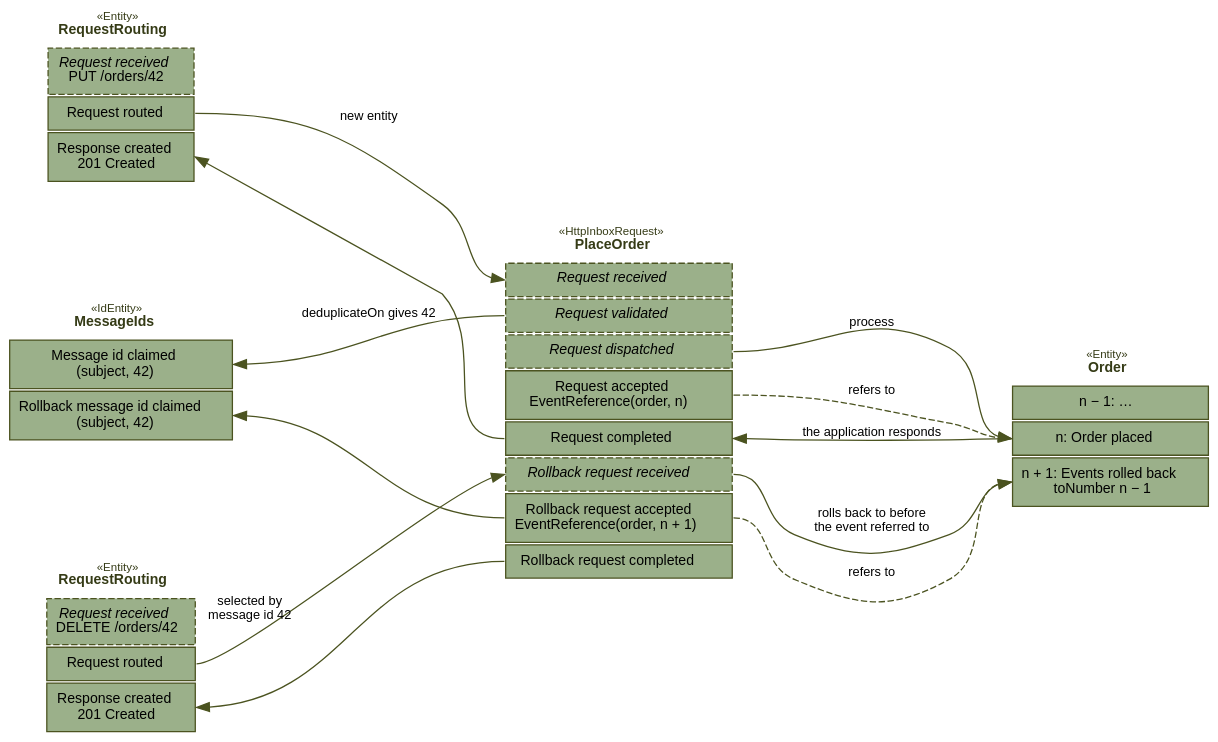
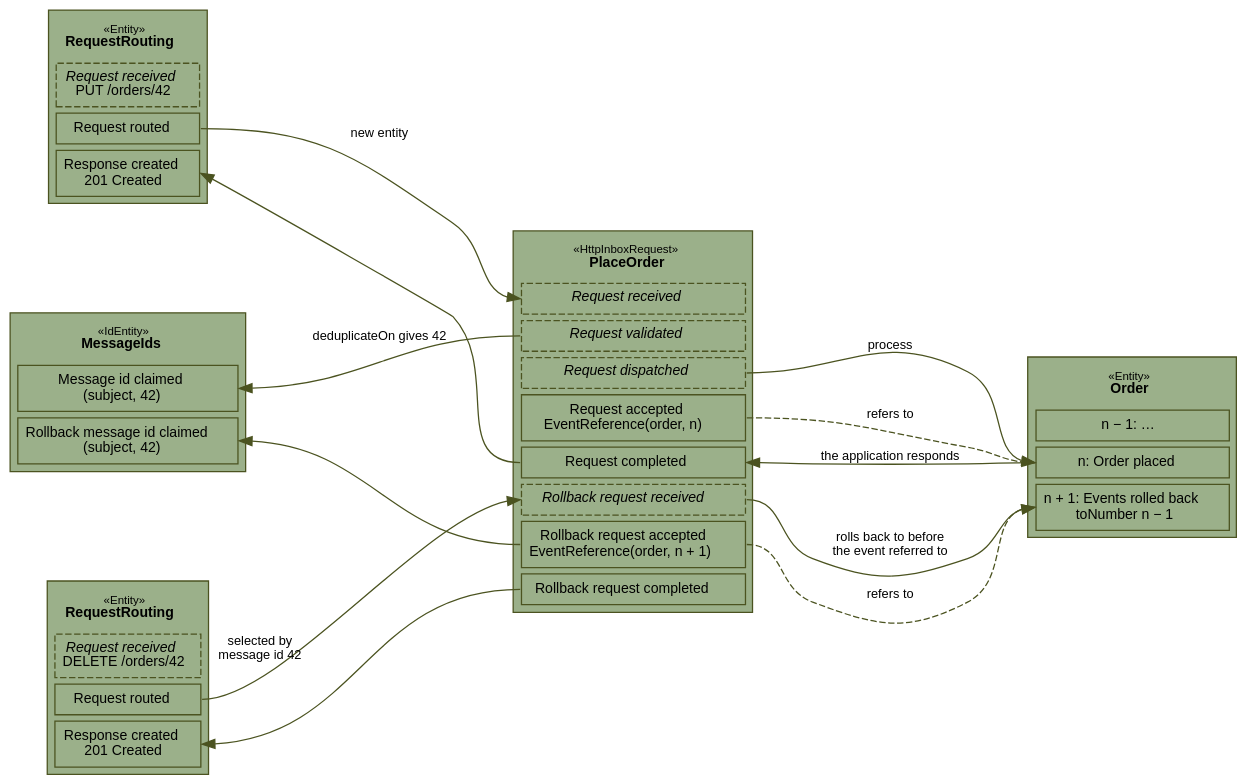
The diagram in doc-diagrams/src/main/resources/com/github/thxmasj/backend/docdiagrams/http-inbox-rollback.dot (the-backend-project/tits), drawn with Graphviz before and after one commit. The commit also changed 3 other files, not shown here.

First line of the commit message:
Draw the entities of the rollback diagram as boxes, like classes

```diff
--- a/doc-diagrams/src/main/resources/com/github/thxmasj/backend/docdiagrams/http-inbox-rollback.dot
+++ b/doc-diagrams/src/main/resources/com/github/thxmasj/backend/docdiagrams/http-inbox-rollback.dot
@@ -1,72 +1,72 @@
 // How a rollback finds a request of an inbox request, and the events the request caused on the application. Each
-// entity is a stack of its events, oldest on top, under the name of its entity model, with the kind of entity as a
-// stereotype. An event with a dashed border, in italics, leads to a choice, and is not stored: only the event of the
-// chosen transition is. Solid arrows are triggers, dashed arrows event references. The colours are those of the other
-// diagrams. The headers are in #353b16, which GraphvizFormatter draws in a light colour in dark mode.
+// entity is a box, like a class in a class diagram, with the name of its entity model and the kind of entity as a
+// stereotype, over its events, oldest on top. An event with a dashed border, in italics, leads to a choice, and is not
+// stored: only the event of the chosen transition is. Solid arrows are triggers, dashed arrows event references. The
+// colours are those of the other diagrams.
 digraph rollback {
   graph [rankdir=LR, nodesep=0.6, ranksep=1.3, fontname="Helvetica", bgcolor="transparent"]
   node [shape=plain, fontname="Helvetica", fontsize=11]
   edge [fontname="Helvetica", fontsize=10, color="#4b5320", fontcolor="#000000"]
 
   put [label=<
-    <table border="0" cellborder="1" cellspacing="2" cellpadding="6" color="#4b5320">
-      <tr><td border="0"><font color="#353b16"><font point-size="9">«Entity»</font><br/><b>RequestRouting</b></font></td></tr>
-      <tr><td port="received" bgcolor="#9bb08a" style="dashed"><i>Request received</i><br/>PUT /orders/42</td></tr>
-      <tr><td port="routed" bgcolor="#9bb08a">Request routed</td></tr>
-      <tr><td port="response" bgcolor="#9bb08a">Response created<br/>201 Created</td></tr>
+    <table border="1" cellborder="1" cellspacing="5" cellpadding="5" bgcolor="#9bb08a" color="#4b5320">
+      <tr><td border="0"><font point-size="9">«Entity»</font><br/><b>RequestRouting</b></td></tr>
+      <tr><td port="received" style="dashed"><i>Request received</i><br/>PUT /orders/42</td></tr>
+      <tr><td port="routed">Request routed</td></tr>
+      <tr><td port="response">Response created<br/>201 Created</td></tr>
     </table>>]
 
   delete [label=<
-    <table border="0" cellborder="1" cellspacing="2" cellpadding="6" color="#4b5320">
-      <tr><td border="0"><font color="#353b16"><font point-size="9">«Entity»</font><br/><b>RequestRouting</b></font></td></tr>
-      <tr><td port="received" bgcolor="#9bb08a" style="dashed"><i>Request received</i><br/>DELETE /orders/42</td></tr>
-      <tr><td port="routed" bgcolor="#9bb08a">Request routed</td></tr>
-      <tr><td port="response" bgcolor="#9bb08a">Response created<br/>201 Created</td></tr>
+    <table border="1" cellborder="1" cellspacing="5" cellpadding="5" bgcolor="#9bb08a" color="#4b5320">
+      <tr><td border="0"><font point-size="9">«Entity»</font><br/><b>RequestRouting</b></td></tr>
+      <tr><td port="received" style="dashed"><i>Request received</i><br/>DELETE /orders/42</td></tr>
+      <tr><td port="routed">Request routed</td></tr>
+      <tr><td port="response">Response created<br/>201 Created</td></tr>
     </table>>]
 
   request [label=<
-    <table border="0" cellborder="1" cellspacing="2" cellpadding="6" color="#4b5320">
-      <tr><td border="0"><font color="#353b16"><font point-size="9">«HttpInboxRequest»</font><br/><b>PlaceOrder</b></font></td></tr>
-      <tr><td port="received" bgcolor="#9bb08a" style="dashed"><i>Request received</i></td></tr>
-      <tr><td port="claim" bgcolor="#9bb08a" style="dashed"><i>Request validated</i></td></tr>
-      <tr><td port="dispatched" bgcolor="#9bb08a" style="dashed"><i>Request dispatched</i></td></tr>
-      <tr><td port="accepted" bgcolor="#9bb08a">Request accepted<br/>EventReference(order, n)</td></tr>
-      <tr><td port="completed" bgcolor="#9bb08a">Request completed</td></tr>
-      <tr><td port="rb_received" bgcolor="#9bb08a" style="dashed"><i>Rollback request received</i></td></tr>
-      <tr><td port="rb_accepted" bgcolor="#9bb08a">Rollback request accepted<br/>EventReference(order, n + 1)</td></tr>
-      <tr><td port="rb_completed" bgcolor="#9bb08a">Rollback request completed</td></tr>
+    <table border="1" cellborder="1" cellspacing="5" cellpadding="5" bgcolor="#9bb08a" color="#4b5320">
+      <tr><td border="0"><font point-size="9">«HttpInboxRequest»</font><br/><b>PlaceOrder</b></td></tr>
+      <tr><td port="received" style="dashed"><i>Request received</i></td></tr>
+      <tr><td port="claim" style="dashed"><i>Request validated</i></td></tr>
+      <tr><td port="dispatched" style="dashed"><i>Request dispatched</i></td></tr>
+      <tr><td port="accepted">Request accepted<br/>EventReference(order, n)</td></tr>
+      <tr><td port="completed">Request completed</td></tr>
+      <tr><td port="rb_received" style="dashed"><i>Rollback request received</i></td></tr>
+      <tr><td port="rb_accepted">Rollback request accepted<br/>EventReference(order, n + 1)</td></tr>
+      <tr><td port="rb_completed">Rollback request completed</td></tr>
     </table>>]
 
   ids [label=<
-    <table border="0" cellborder="1" cellspacing="2" cellpadding="6" color="#4b5320">
-      <tr><td border="0"><font color="#353b16"><font point-size="9">«IdEntity»</font><br/><b>MessageIds</b></font></td></tr>
-      <tr><td port="claimed" bgcolor="#9bb08a">Message id claimed<br/>(subject, 42)</td></tr>
-      <tr><td port="rb_claimed" bgcolor="#9bb08a">Rollback message id claimed<br/>(subject, 42)</td></tr>
+    <table border="1" cellborder="1" cellspacing="5" cellpadding="5" bgcolor="#9bb08a" color="#4b5320">
+      <tr><td border="0"><font point-size="9">«IdEntity»</font><br/><b>MessageIds</b></td></tr>
+      <tr><td port="claimed">Message id claimed<br/>(subject, 42)</td></tr>
+      <tr><td port="rb_claimed">Rollback message id claimed<br/>(subject, 42)</td></tr>
     </table>>]
 
   order [label=<
-    <table border="0" cellborder="1" cellspacing="2" cellpadding="6" color="#4b5320">
-      <tr><td border="0"><font color="#353b16"><font point-size="9">«Entity»</font><br/><b>Order</b></font></td></tr>
-      <tr><td port="before" bgcolor="#9bb08a">n − 1: …</td></tr>
-      <tr><td port="placed" bgcolor="#9bb08a">n: Order placed</td></tr>
-      <tr><td port="rolled_back" bgcolor="#9bb08a">n + 1: Events rolled back<br/>toNumber n − 1</td></tr>
+    <table border="1" cellborder="1" cellspacing="5" cellpadding="5" bgcolor="#9bb08a" color="#4b5320">
+      <tr><td border="0"><font point-size="9">«Entity»</font><br/><b>Order</b></td></tr>
+      <tr><td port="before">n − 1: …</td></tr>
+      <tr><td port="placed">n: Order placed</td></tr>
+      <tr><td port="rolled_back">n + 1: Events rolled back<br/>toNumber n − 1</td></tr>
     </table>>]
 
   // Triggers
   put:routed:e -> request:received:w [label="new entity"]
   delete:routed:e -> request:rb_received:w [taillabel="selected by\nmessage id 42", labelangle=30, labeldistance=6]
   request:dispatched:e -> order:placed:w [label="process"]
   request:rb_received:e -> order:rolled_back:w [label="rolls back to before\nthe event referred to"]
   // Triggers against the direction of the layout are drawn reversed, so that they don't loop around the stacks
   request:completed:e -> order:placed:w [dir=back, label="the application responds"]
   put:response:e -> request:completed:w [dir=back]
   ids:claimed:e -> request:claim:w [dir=back, label="deduplicateOn gives 42"]
   ids:rb_claimed:e -> request:rb_accepted:w [dir=back]
   delete:response:e -> request:rb_completed:w [dir=back]
 
   // Event references
   request:accepted:e -> order:placed:w [style=dashed, label="refers to"]
   request:rb_accepted:e -> order:rolled_back:w [style=dashed, label="refers to"]
 
   {rank=same; put -> ids -> delete [style=invis]}
 }
```
